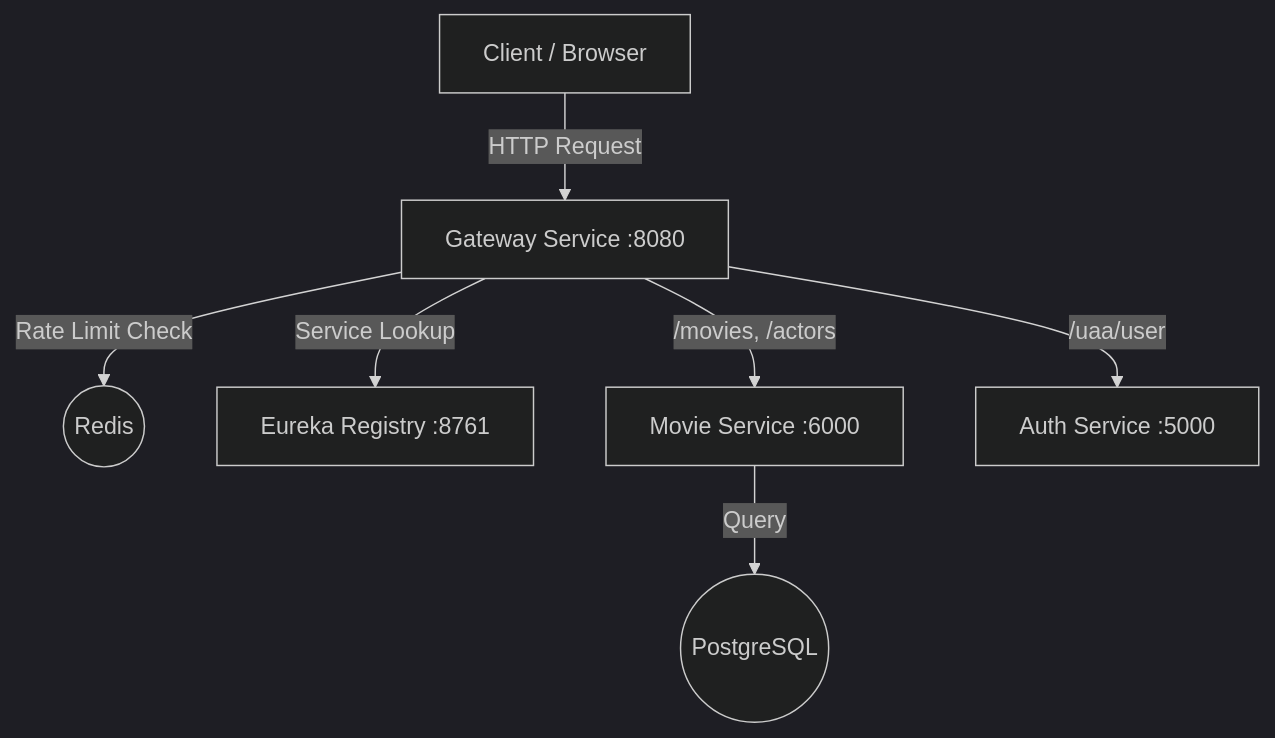
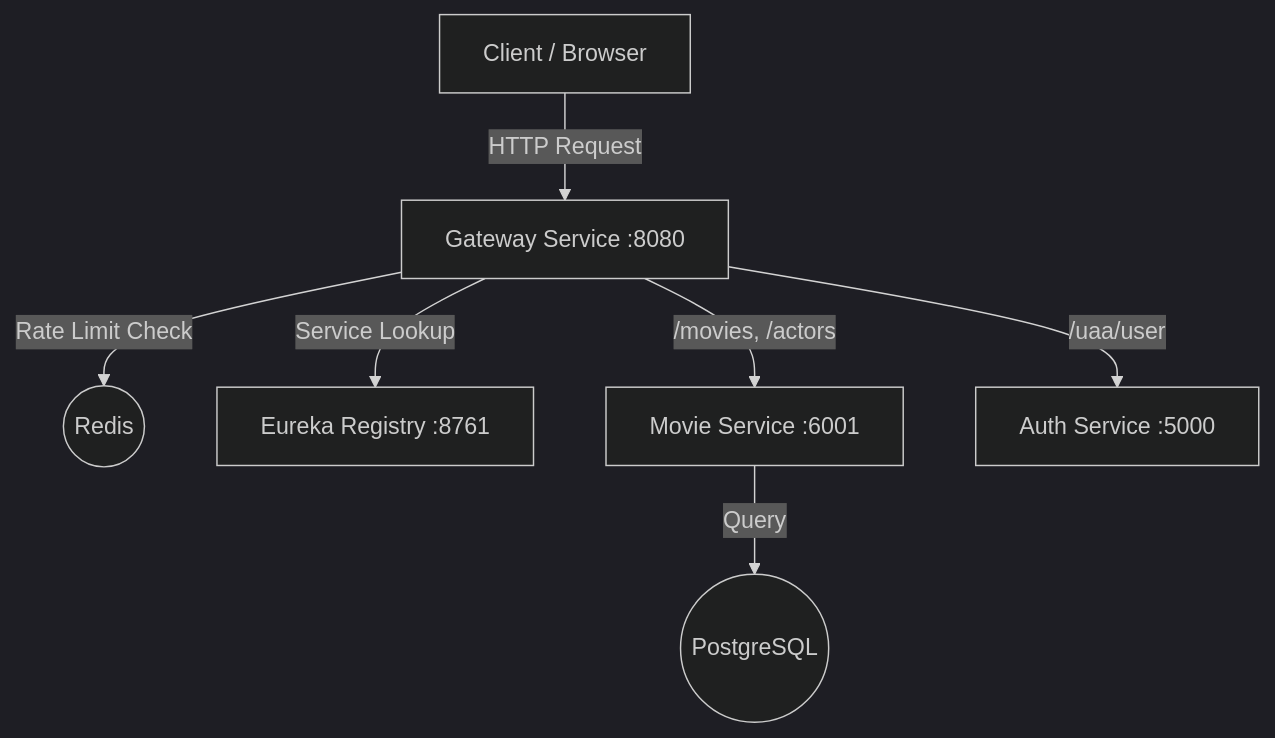
Before and after one commit to z-raw/armdb: the diagram in README.md, drawn with Mermaid (dark theme). The commit also changed other lines of this file and 4 other files, not shown here.

````diff
--- a/README.md
+++ b/README.md
@@ -39,9 +39,9 @@
 ```mermaid
 graph TD
     Client[Client / Browser] -->|HTTP Request| Gateway[Gateway Service :8080]
     Gateway -->|Rate Limit Check| Redis((Redis))
     Gateway -->|Service Lookup| Registry[Eureka Registry :8761]
-    Gateway -->|/movies, /actors| MovieService[Movie Service :6000]
+    Gateway -->|/movies, /actors| MovieService[Movie Service :6001]
     Gateway -->|/uaa/user| AuthService[Auth Service :5000]
     MovieService -->|Query| DB((PostgreSQL))
 ```
````
